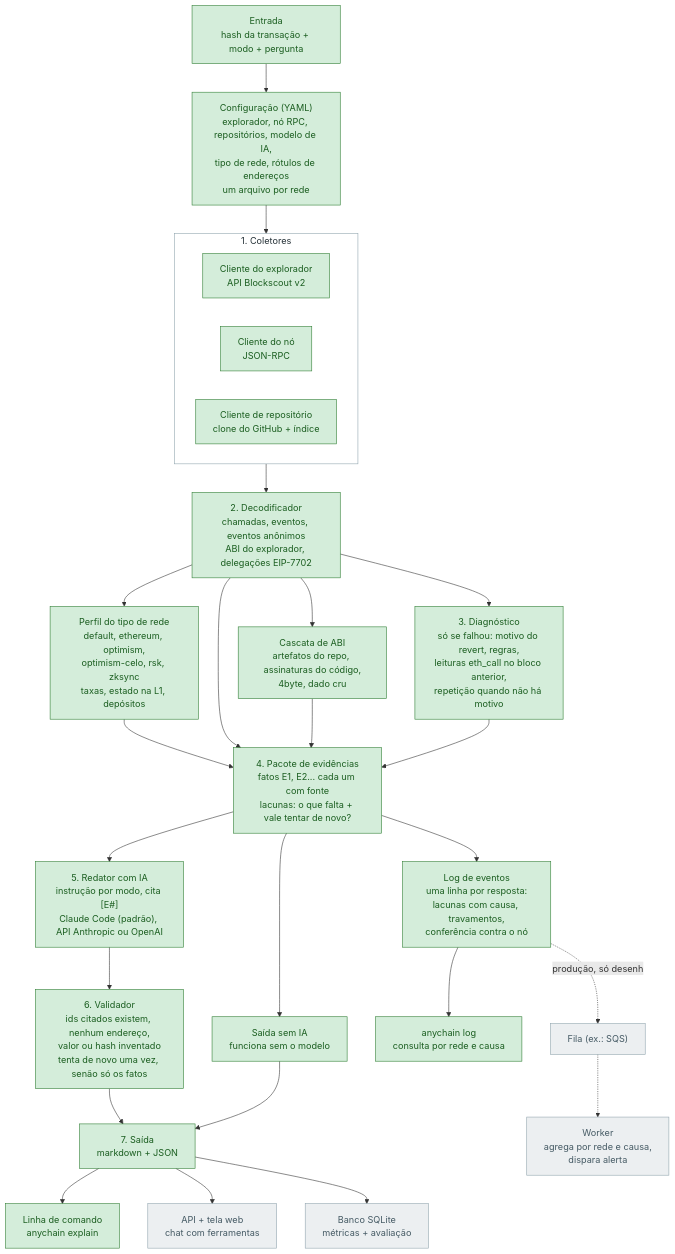
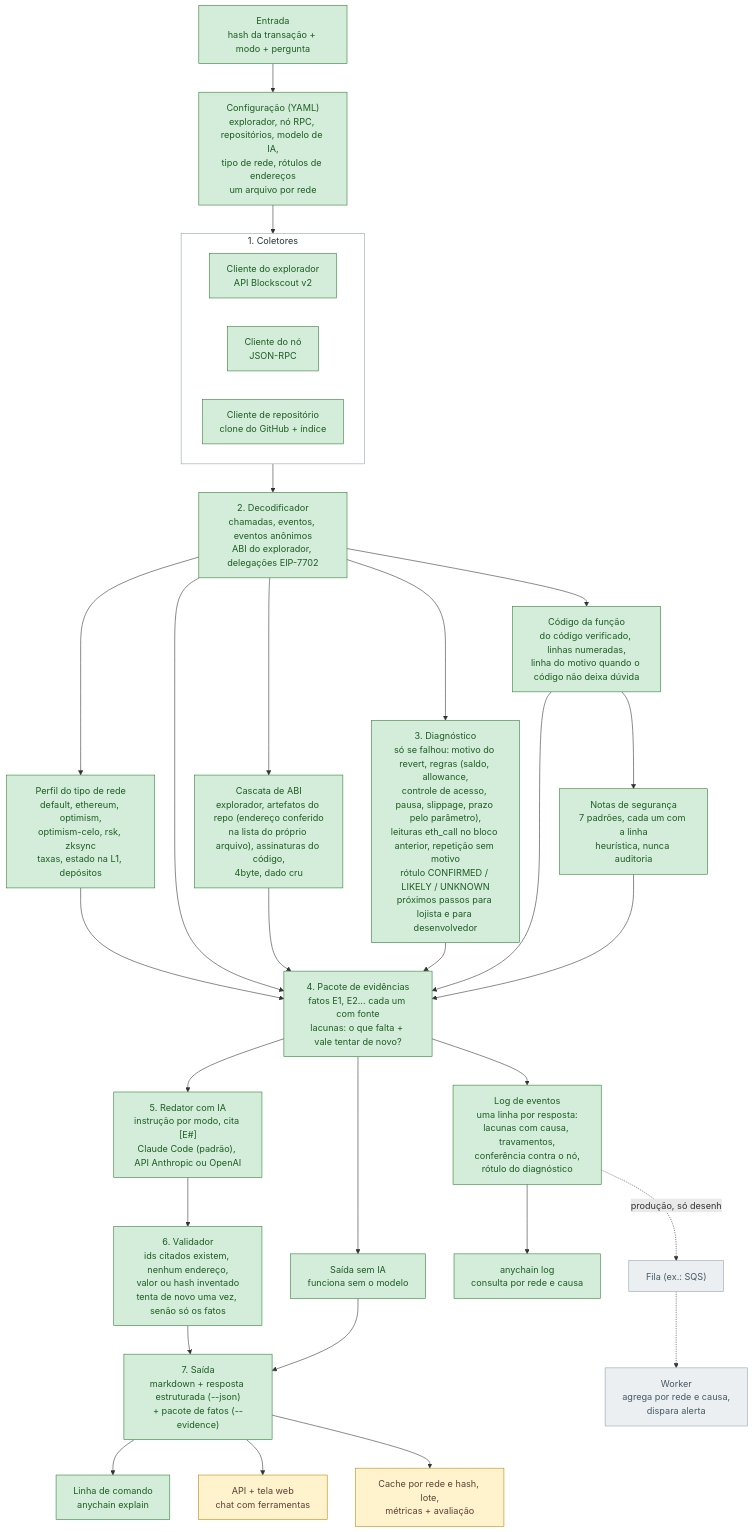
One commit to Ebaoj/anychain changed the first of 5 diagrams in docs/ARCHITECTURE.pt-BR.md. Above: the diagram before and after it, drawn with Mermaid. The commit also changed other lines of this file and 3 other files, not shown here.

Commit message:
PHASE2_5 T7: architecture docs, Phase 3 spec built on Phase 2.5, spec closed

````diff
--- a/docs/ARCHITECTURE.pt-BR.md
+++ b/docs/ARCHITECTURE.pt-BR.md
@@ -20,45 +20,50 @@
 ```mermaid
 flowchart TD
     IN["Entrada<br/>hash da transação + modo + pergunta"] --> CFG
 
     CFG["Configuração (YAML)<br/>explorador, nó RPC, repositórios, modelo de IA,<br/>tipo de rede, rótulos de endereços<br/>um arquivo por rede"]
 
     CFG --> COL
     subgraph COL["1. Coletores"]
         EXP["Cliente do explorador<br/>API Blockscout v2"]
         RPC["Cliente do nó<br/>JSON-RPC"]
         REPO["Cliente de repositório<br/>clone do GitHub + índice"]
     end
 
     COL --> DEC["2. Decodificador<br/>chamadas, eventos, eventos anônimos<br/>ABI do explorador, delegações EIP-7702"]
     DEC --> PRO["Perfil do tipo de rede<br/>default, ethereum, optimism,<br/>optimism-celo, rsk, zksync<br/>taxas, estado na L1, depósitos"]
     PRO --> BUN
-    DEC --> CAS["Cascata de ABI<br/>artefatos do repo, assinaturas do código,<br/>4byte, dado cru"]
-    DEC --> DIAG["3. Diagnóstico<br/>só se falhou: motivo do revert, regras,<br/>leituras eth_call no bloco anterior,<br/>repetição quando não há motivo"]
+    DEC --> CAS["Cascata de ABI<br/>explorador, artefatos do repo (endereço conferido<br/>na lista do próprio arquivo), assinaturas do código,<br/>4byte, dado cru"]
+    DEC --> DIAG["3. Diagnóstico<br/>só se falhou: motivo do revert, regras (saldo, allowance,<br/>controle de acesso, pausa, slippage, prazo pelo parâmetro),<br/>leituras eth_call no bloco anterior, repetição sem motivo<br/>rótulo CONFIRMED / LIKELY / UNKNOWN<br/>próximos passos para lojista e para desenvolvedor"]
+    DEC --> CODE["Código da função<br/>do código verificado, linhas numeradas,<br/>linha do motivo quando o código não deixa dúvida"]
+    CODE --> SEC["Notas de segurança<br/>7 padrões, cada um com a linha<br/>heurística, nunca auditoria"]
     DEC --> BUN
     CAS --> BUN
     DIAG --> BUN
+    CODE --> BUN
+    SEC --> BUN
 
     BUN["4. Pacote de evidências<br/>fatos E1, E2... cada um com fonte<br/>lacunas: o que falta + vale tentar de novo?"]
     BUN --> WRI["5. Redator com IA<br/>instrução por modo, cita [E#]<br/>Claude Code (padrão), API Anthropic ou OpenAI"]
     BUN --> REN["Saída sem IA<br/>funciona sem o modelo"]
     WRI --> VAL["6. Validador<br/>ids citados existem, nenhum endereço,<br/>valor ou hash inventado<br/>tenta de novo uma vez, senão só os fatos"]
     VAL --> OUT
     REN --> OUT
 
-    OUT["7. Saída<br/>markdown + JSON"] --> CLI["Linha de comando<br/>anychain explain"]
+    OUT["7. Saída<br/>markdown + resposta estruturada (--json)<br/>+ pacote de fatos (--evidence)"] --> CLI["Linha de comando<br/>anychain explain"]
     OUT --> API["API + tela web<br/>chat com ferramentas"]
-    OUT --> DB["Banco SQLite<br/>métricas + avaliação"]
-    BUN --> LOG["Log de eventos<br/>uma linha por resposta:<br/>lacunas com causa, travamentos,<br/>conferência contra o nó"]
+    OUT --> DB["Cache por rede e hash, lote,<br/>métricas + avaliação"]
+    BUN --> LOG["Log de eventos<br/>uma linha por resposta:<br/>lacunas com causa, travamentos,<br/>conferência contra o nó,<br/>rótulo do diagnóstico"]
     LOG --> QRY["anychain log<br/>consulta por rede e causa"]
     LOG -.produção, só desenho.-> FILA["Fila (ex.: SQS)"]
     FILA -.-> WRK["Worker<br/>agrega por rede e causa,<br/>dispara alerta"]
 
     classDef done fill:#d4edda,stroke:#2e7d32,color:#1b5e20
     classDef next fill:#fff3cd,stroke:#b8860b,color:#5d4037
     classDef later fill:#eceff1,stroke:#90a4ae,color:#455a64
 
-    class IN,CFG,EXP,RPC,DEC,PRO,BUN,WRI,REN,OUT,CLI,LOG,QRY,VAL,DIAG,REPO,CAS done
-    class API,DB,FILA,WRK later
+    class IN,CFG,EXP,RPC,DEC,PRO,BUN,WRI,REN,OUT,CLI,LOG,QRY,VAL,DIAG,REPO,CAS,CODE,SEC done
+    class API,DB next
+    class FILA,WRK later
     style COL fill:#ffffff,stroke:#90a4ae,color:#263238
 ```
````
